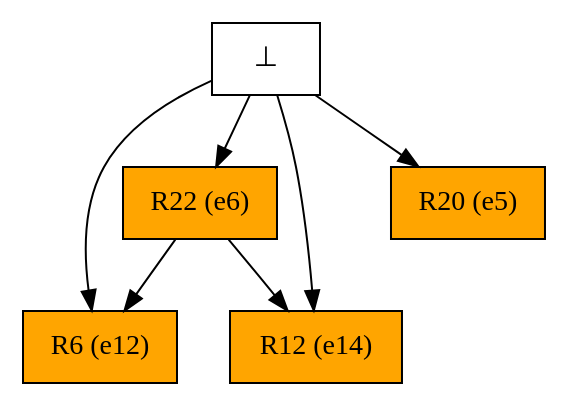
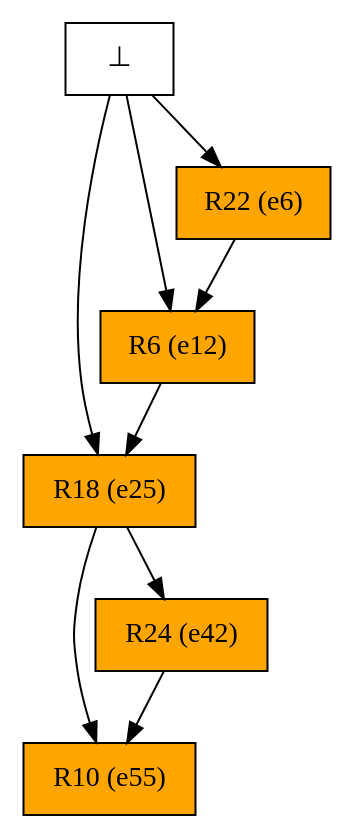
Before and after one commit to giannkas/ecofolder: the diagram in examples/oursin_tasmanie/oursin_tasmanie_pr_unf.dot, drawn with Graphviz. The commit also changed 18 other files, not shown here.

```diff
--- a/examples/oursin_tasmanie/oursin_tasmanie_pr_unf.dot
+++ b/examples/oursin_tasmanie/oursin_tasmanie_pr_unf.dot
@@ -1,13 +1,16 @@
 digraph test {
+  e0 -> e25;
+  e0 -> e12;
+  e0 -> e6;
   e6 -> e12;
-  e6 -> e14;
-  e0 -> e5;
-  e0 -> e6;
-  e0 -> e12;
-  e0 -> e14;
-  e5 [color="black" fillcolor="orange" label="R20 (e5)" shape=box style=filled];
+  e12 -> e25;
+  e25 -> e55;
+  e25 -> e42;
+  e42 -> e55;
   e6 [color="black" fillcolor="orange" label="R22 (e6)" shape=box style=filled];
   e12 [color="black" fillcolor="orange" label="R6 (e12)" shape=box style=filled];
-  e14 [color="black" fillcolor="orange" label="R12 (e14)" shape=box style=filled];
+  e25 [color="black" fillcolor="orange" label="R18 (e25)" shape=box style=filled];
+  e42 [color="black" fillcolor="orange" label="R24 (e42)" shape=box style=filled];
+  e55 [color="black" fillcolor="orange" label="R10 (e55)" shape=box style=filled];
   e0 [fillcolor=white label="⊥" shape=box style=filled];
 }
```
